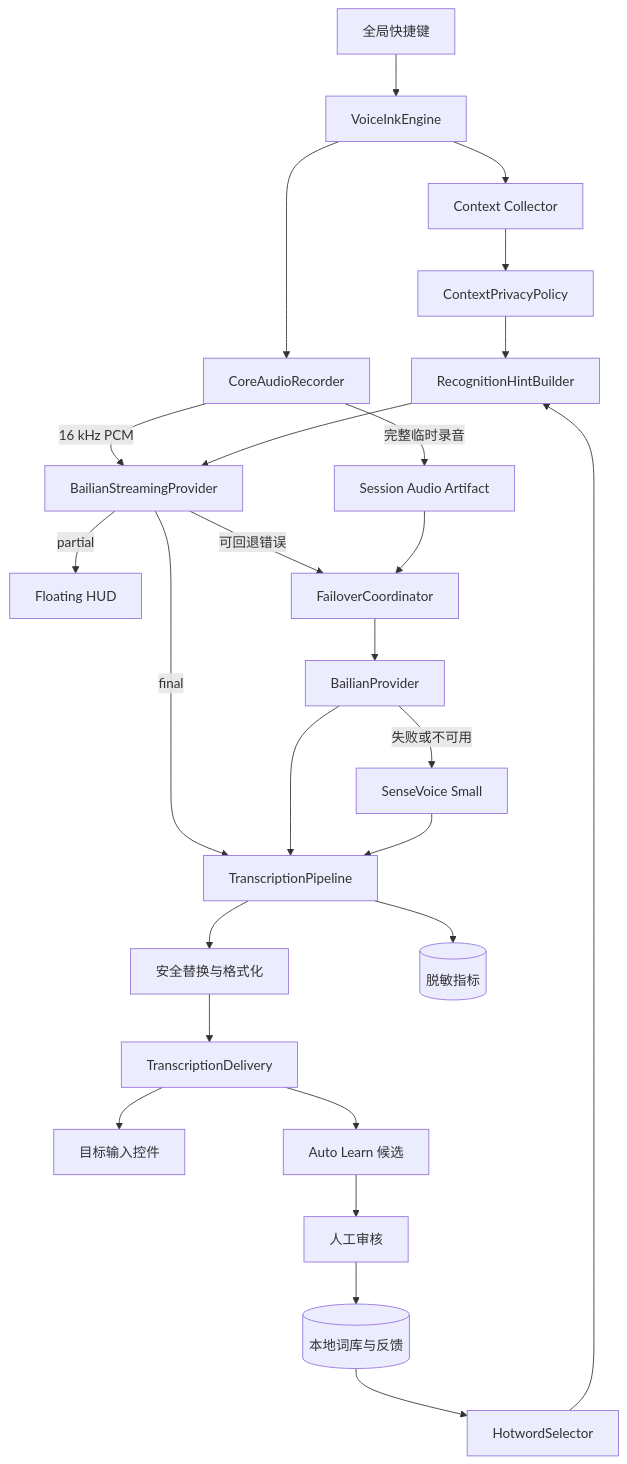
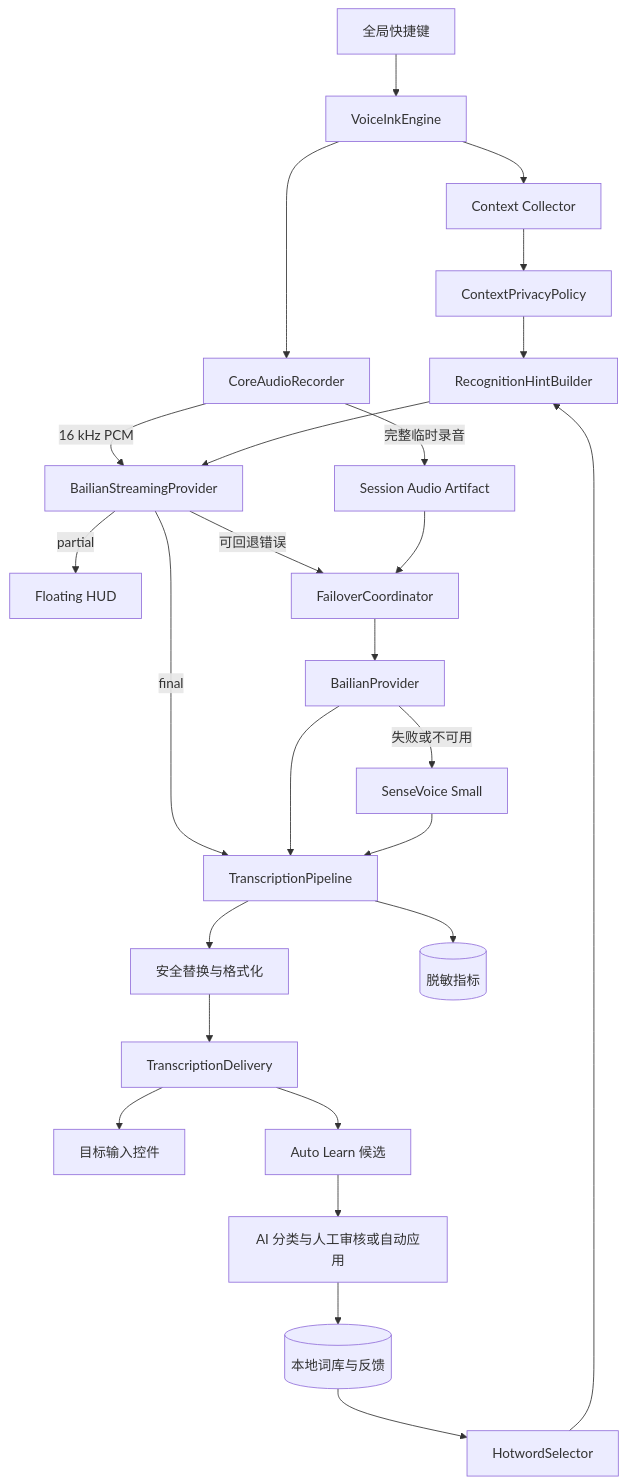
The first of 4 diagrams in docs/DEVELOPMENT.md (will-bw/my-voice), drawn with Mermaid before and after one commit. The commit also changed other lines of this file and 18 other files, not shown here.

````diff
--- a/docs/DEVELOPMENT.md
+++ b/docs/DEVELOPMENT.md
@@ -115,28 +115,28 @@
 ```mermaid
 flowchart TD
     Shortcut[全局快捷键] --> Engine[VoiceInkEngine]
     Engine --> Context[Context Collector]
     Engine --> Recorder[CoreAudioRecorder]
     Context --> Policy[ContextPrivacyPolicy]
     Policy --> Hints[RecognitionHintBuilder]
     Dictionary[(本地词库与反馈)] --> Selector[HotwordSelector]
     Selector --> Hints
     Recorder -->|16 kHz PCM| Streaming[BailianStreamingProvider]
     Recorder -->|完整临时录音| Artifact[Session Audio Artifact]
     Hints --> Streaming
     Streaming -->|partial| HUD[Floating HUD]
     Streaming -->|final| Pipeline[TranscriptionPipeline]
     Streaming -->|可回退错误| Failover[FailoverCoordinator]
     Artifact --> Failover
     Failover --> Batch[BailianProvider]
     Batch -->|失败或不可用| Local[SenseVoice Small]
     Batch --> Pipeline
     Local --> Pipeline
     Pipeline --> Replace[安全替换与格式化]
     Replace --> Delivery[TranscriptionDelivery]
     Delivery --> Target[目标输入控件]
     Delivery --> Learn[Auto Learn 候选]
-    Learn --> Review[人工审核]
+    Learn --> Review[AI 分类与人工审核或自动应用]
     Review --> Dictionary
     Pipeline --> Metrics[(脱敏指标)]
 ```
````
